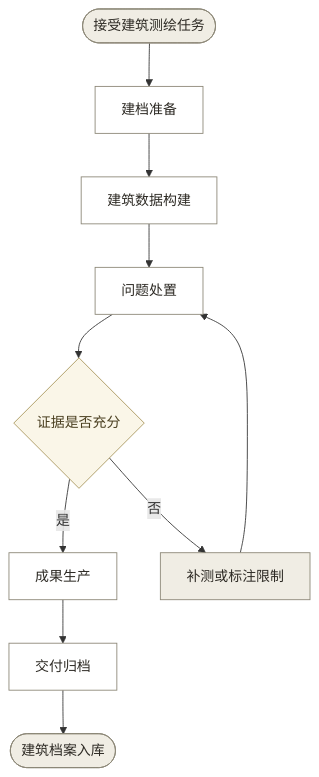
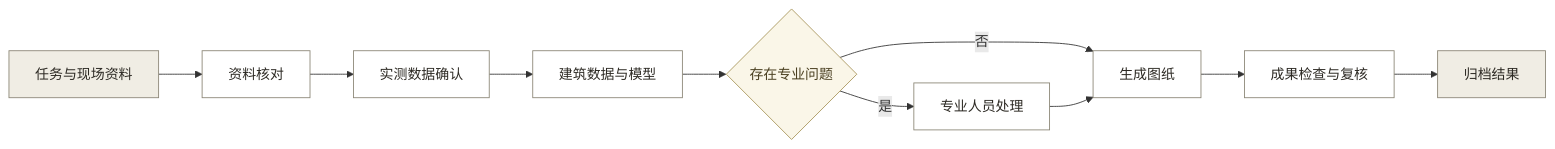
Before and after one commit to jiajiajiang91-design/heritage-survey-workbench: the first of 3 diagrams in 文档/01_产品/01_核心PRD.md, drawn with Mermaid. The commit also changed other lines of this file and 27 other files, not shown here.

````diff
--- a/文档/01_产品/01_核心PRD.md
+++ b/文档/01_产品/01_核心PRD.md
@@ -37,19 +36,19 @@
 ```mermaid
-flowchart TD
-    S(["接受建筑测绘任务"]) --> M1["建档准备"]
-    M1 --> M2["建筑数据构建"]
-    M2 --> M3["问题处置"]
-    M3 --> G{"证据是否充分"}
-    G -->|是| M4["成果生产"]
-    G -->|否| R["补测或标注限制"]
-    R --> M3
-    M4 --> M5["交付归档"]
-    M5 --> E(["建筑档案入库"])
+flowchart LR
+    A["任务与现场资料"] --> B["资料核对"]
+    B --> C["实测数据确认"]
+    C --> D["建筑数据与模型"]
+    D --> E{"存在专业问题"}
+    E -->|是| F["专业人员处理"]
+    E -->|否| G["生成图纸"]
+    F --> G
+    G --> H["成果检查与复核"]
+    H --> I["归档结果"]
 
-    classDef user fill:#F0EDE4,stroke:#8B8676,color:#2D2A24
-    classDef sys fill:#FFFFFF,stroke:#8B8676,color:#2D2A24
-    classDef gate fill:#FAF6E8,stroke:#A8955A,color:#4A3F20
-    class S,E,R user
-    class M1,M2,M3,M4,M5 sys
-    class G gate
+    classDef input fill:#F0EDE4,stroke:#8B8676,color:#2D2A24
+    classDef process fill:#FFFFFF,stroke:#8B8676,color:#2D2A24
+    classDef decision fill:#FAF6E8,stroke:#A8955A,color:#4A3F20
+    class A,I input
+    class B,C,D,F,G,H process
+    class E decision
 ```
````
